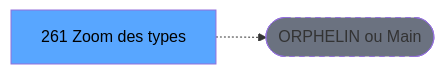
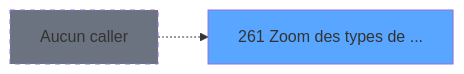
The second of 3 diagrams in .openspec/specs/ADH-IDE-261.md (thonyAGP/magic-migration), drawn with Mermaid before and after one commit. The commit also changed other lines of this file and 493 other files, not shown here.

````diff
--- a/.openspec/specs/ADH-IDE-261.md
+++ b/.openspec/specs/ADH-IDE-261.md
@@ -122,8 +181,8 @@
 ```mermaid
 graph LR
-    T[261 Zoom des types ]
-    ORPHAN([ORPHELIN ou Main])
-    T -.-> ORPHAN
-    style T fill:#58a6ff,color:#000
-    style ORPHAN fill:#6b7280,stroke-dasharray: 5 5
+    T261[261 Zoom des types de ...]
+    style T261 fill:#58a6ff
+    NONE[Aucun caller]
+    NONE -.-> T261
+    style NONE fill:#6b7280,stroke-dasharray: 5 5
 ```
````
